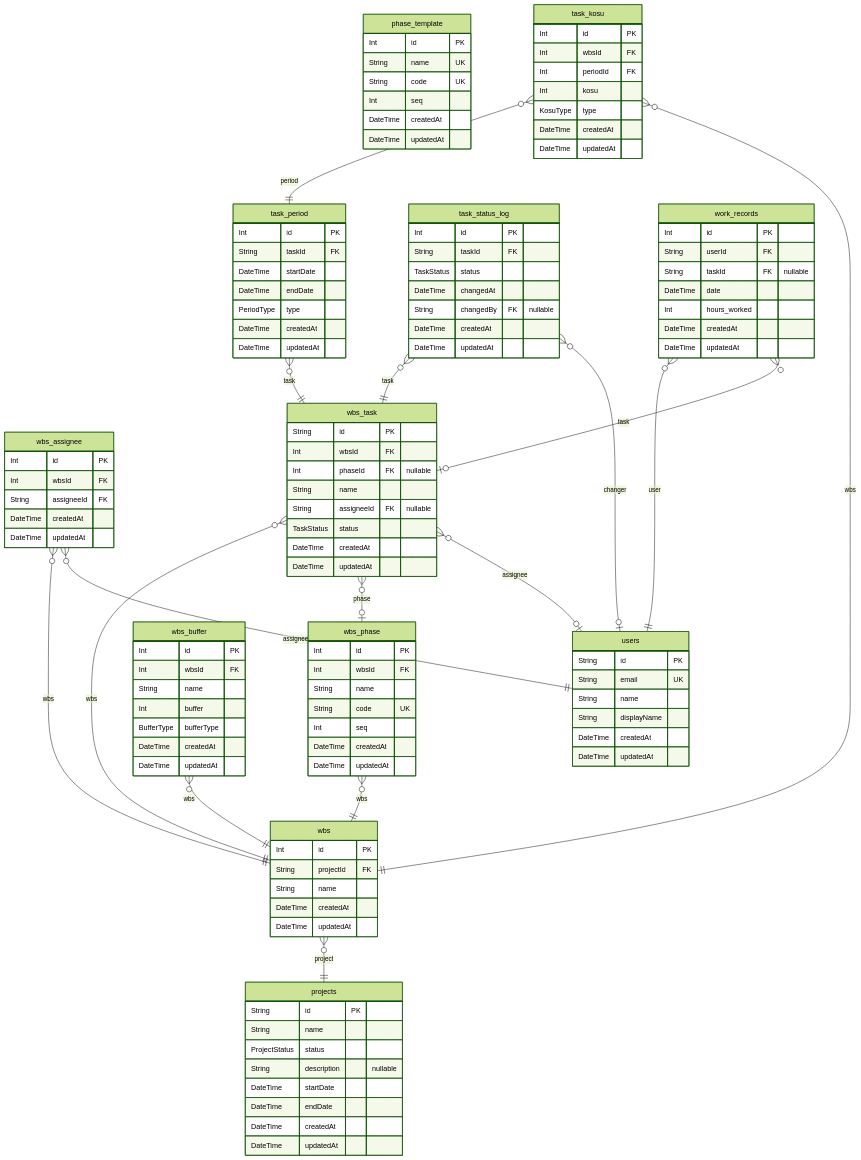
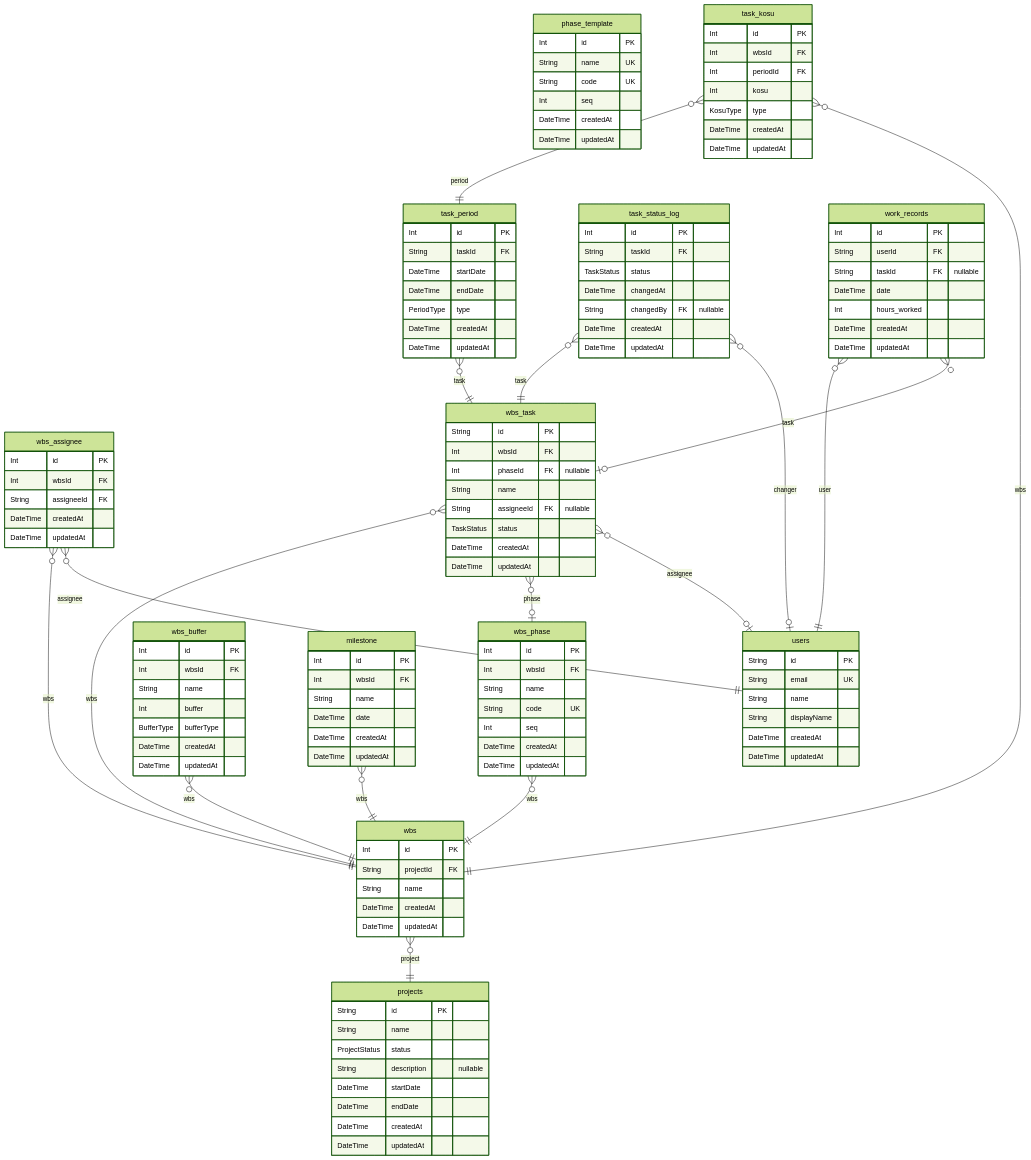
One commit to yasudaProduct/project-managed-app changed the diagram in ERD.md. Above: the diagram before and after it, drawn with Mermaid (forest theme). The commit also changed other lines of this file and 2 other files, not shown here.

````diff
--- a/ERD.md
+++ b/ERD.md
@@ -101,6 +101,14 @@
   DateTime createdAt
   DateTime updatedAt
 }
+"milestone" {
+  Int id PK
+  Int wbsId FK
+  String name
+  DateTime date
+  DateTime createdAt
+  DateTime updatedAt
+}
 "work_records" {
   Int id PK
   String userId FK
@@ -123,6 +131,7 @@
 "task_kosu" }o--|| "wbs" : wbs
 "task_status_log" }o--|| "wbs_task" : task
 "task_status_log" }o--o| "users" : changer
+"milestone" }o--|| "wbs" : wbs
 "work_records" }o--|| "users" : user
 "work_records" }o--o| "wbs_task" : task
 ```
````
